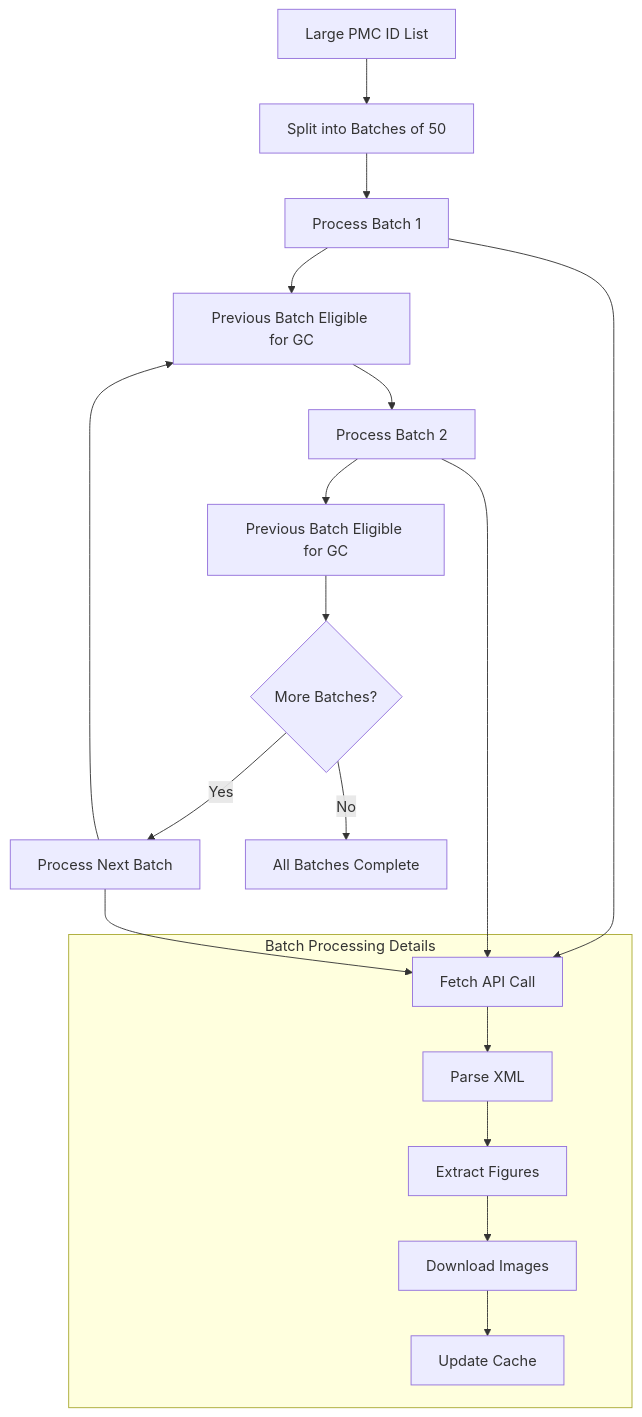
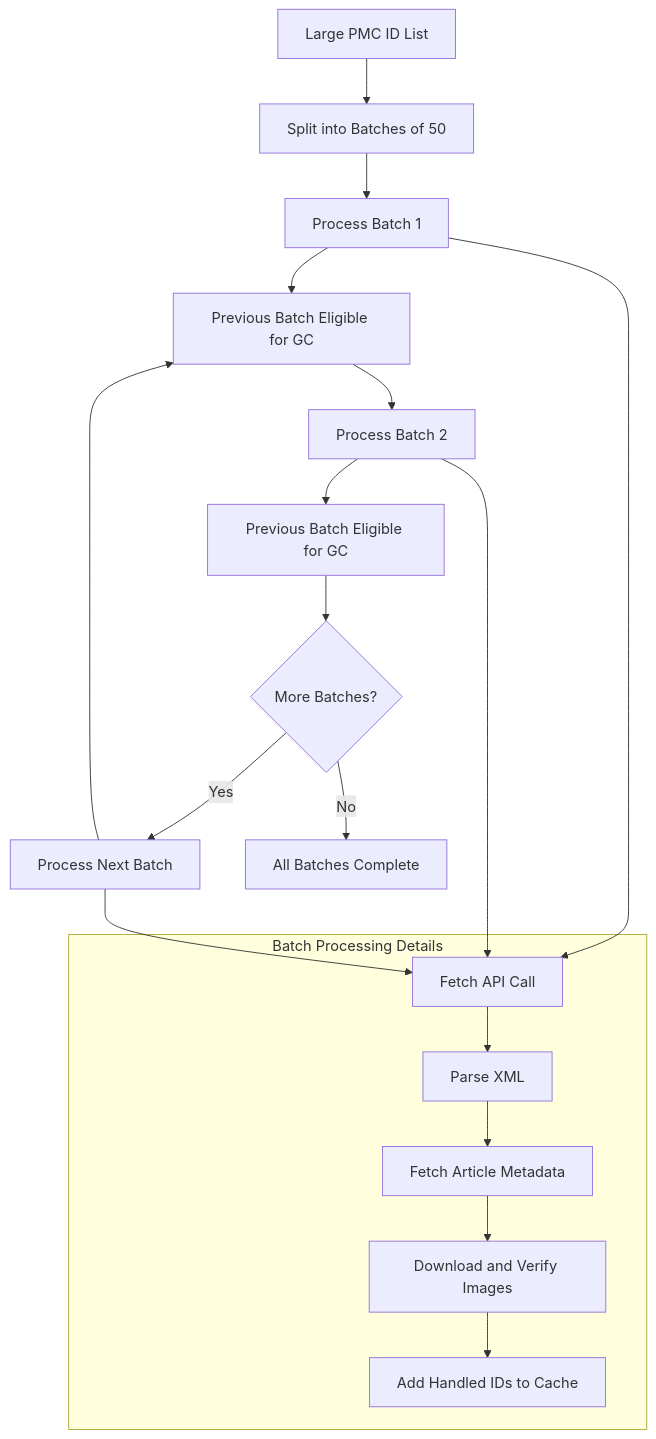
One commit to AlexJSully/Publication-Figure-Retrieval changed the ninth of 12 diagrams in docs/architecture/pipelines.md. Above: the diagram before and after it, drawn with Mermaid. The commit also changed other lines of this file and 28 other files, not shown here.

First line of the commit message:
Fix unable to retrieve figure publication images (#242)

````diff
--- a/docs/architecture/pipelines.md
+++ b/docs/architecture/pipelines.md
@@ -254,26 +277,26 @@
 ```mermaid
 graph TD
     accTitle: Batch Processing Strategy
-    accDescr: A large PMC ID list is split into batches of 50. Each batch is processed and the previous batch becomes eligible for garbage collection until no batches remain. Within a batch the tool makes the fetch API call, parses the XML, extracts figures, downloads images, and updates the cache.
+    accDescr: A large PMC ID list is split into batches of 50. Each batch is processed and the previous batch becomes eligible for garbage collection until no batches remain. Within a batch the tool makes the fetch API call, parses the XML, fetches each article's metadata from the PMC Cloud Service, downloads and verifies the images, and adds the handled articles to the cache.
 
     A[Large PMC ID List] --> B[Split into Batches of 50]
     B --> C[Process Batch 1]
     C --> D[Previous Batch Eligible for GC]
     D --> E[Process Batch 2]
     E --> F[Previous Batch Eligible for GC]
     F --> G{More Batches?}
     G -->|Yes| H[Process Next Batch]
     G -->|No| I[All Batches Complete]
     H --> D
 
     subgraph "Batch Processing Details"
         J[Fetch API Call] --> K[Parse XML]
-        K --> L[Extract Figures]
-        L --> M[Download Images]
-        M --> N[Update Cache]
+        K --> L[Fetch Article Metadata]
+        L --> M[Download and Verify Images]
+        M --> N[Add Handled IDs to Cache]
     end
 
     C --> J
     E --> J
     H --> J
 ```
````
